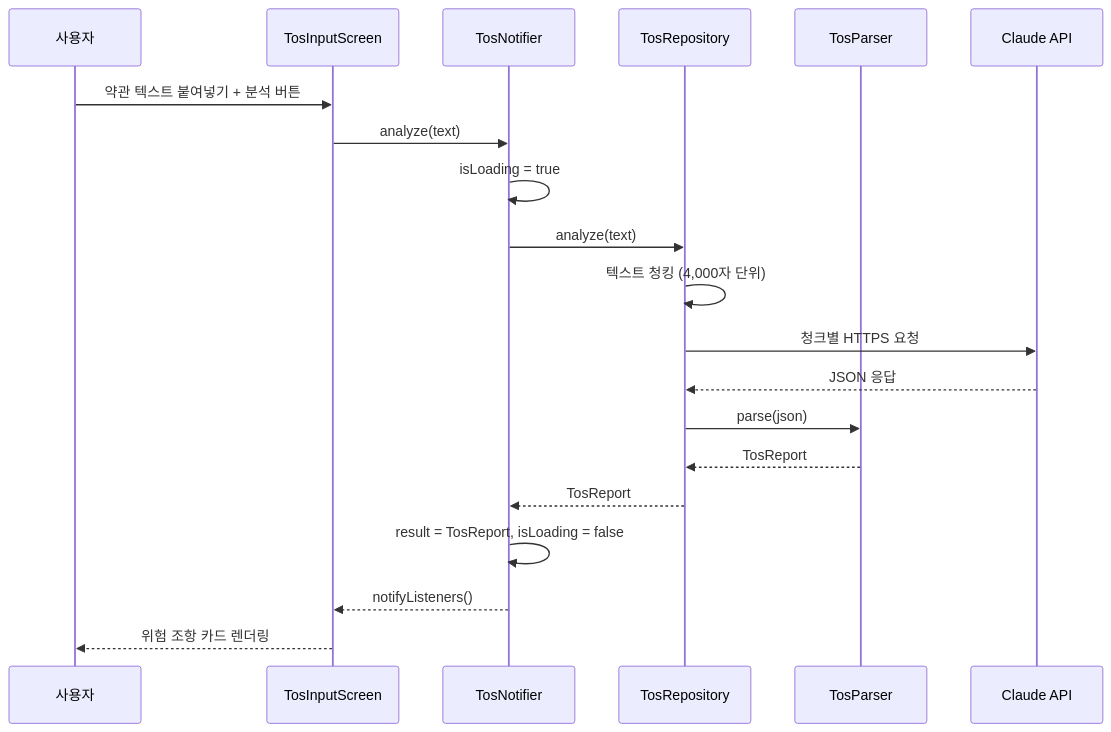
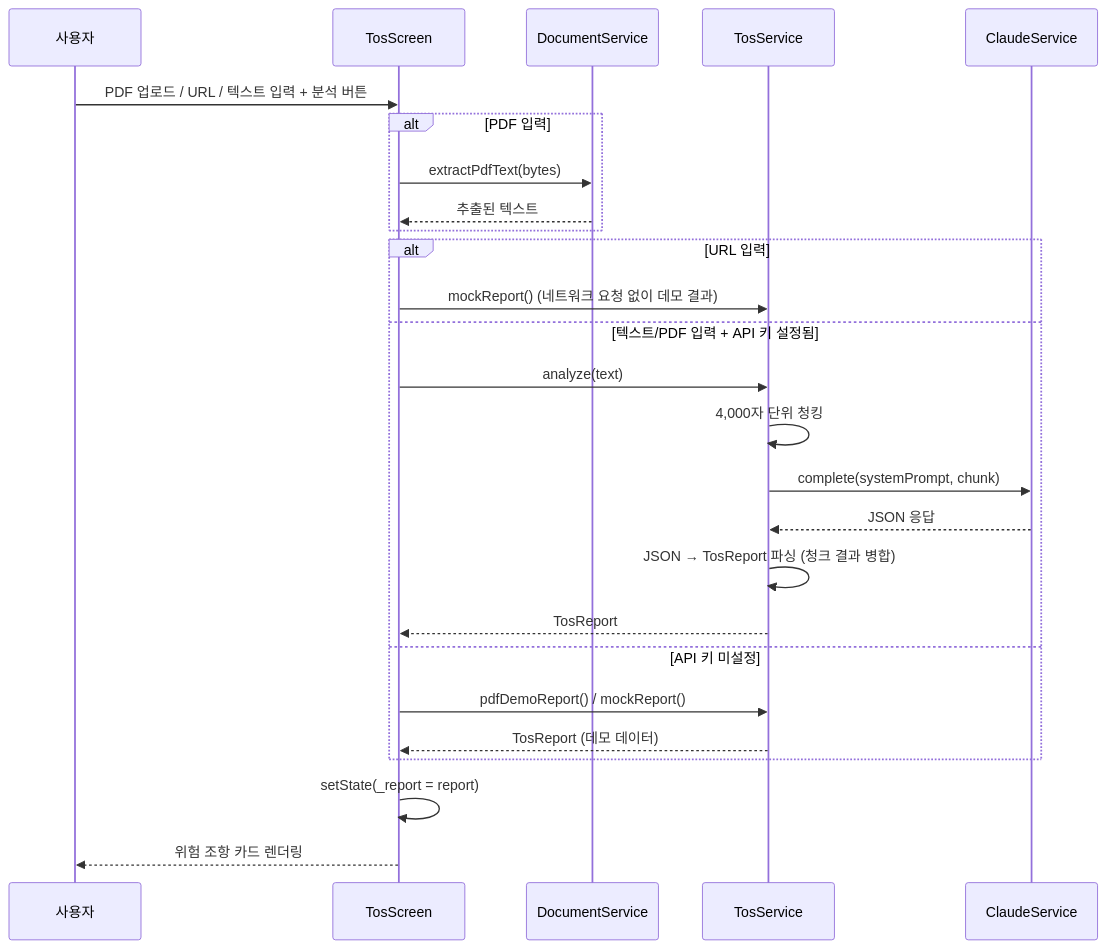
The second of 2 diagrams in docs/architecture.md (kimhyeri-hub/bank_project), drawn with Mermaid before and after one commit. The commit also changed other lines of this file and 5 other files, not shown here.

First line of the commit message:
문서를 실제 구현 구조에 맞게 갱신 (architecture/setup/testing/security)

````diff
--- a/docs/architecture.md
+++ b/docs/architecture.md
@@ -96,23 +84,29 @@
 ```mermaid
 sequenceDiagram
     participant U as 사용자
-    participant P as TosInputScreen
-    participant A as TosNotifier
-    participant DA as TosRepository
-    participant D as TosParser
-    participant API as Claude API
+    participant T as TosScreen
+    participant DOC as DocumentService
+    participant TOS as TosService
+    participant API as ClaudeService
 
-    U->>P: 약관 텍스트 붙여넣기 + 분석 버튼
-    P->>A: analyze(text)
-    A->>A: isLoading = true
-    A->>DA: analyze(text)
-    DA->>DA: 텍스트 청킹 (4,000자 단위)
-    DA->>API: 청크별 HTTPS 요청
-    API-->>DA: JSON 응답
-    DA->>D: parse(json)
-    D-->>DA: TosReport
-    DA-->>A: TosReport
-    A->>A: result = TosReport, isLoading = false
-    A-->>P: notifyListeners()
-    P-->>U: 위험 조항 카드 렌더링
+    U->>T: PDF 업로드 / URL / 텍스트 입력 + 분석 버튼
+    alt PDF 입력
+        T->>DOC: extractPdfText(bytes)
+        DOC-->>T: 추출된 텍스트
+    end
+    alt URL 입력
+        T->>TOS: mockReport() (네트워크 요청 없이 데모 결과)
+    else 텍스트/PDF 입력 + API 키 설정됨
+        T->>TOS: analyze(text)
+        TOS->>TOS: 4,000자 단위 청킹
+        TOS->>API: complete(systemPrompt, chunk)
+        API-->>TOS: JSON 응답
+        TOS->>TOS: JSON → TosReport 파싱 (청크 결과 병합)
+        TOS-->>T: TosReport
+    else API 키 미설정
+        T->>TOS: pdfDemoReport() / mockReport()
+        TOS-->>T: TosReport (데모 데이터)
+    end
+    T->>T: setState(_report = report)
+    T-->>U: 위험 조항 카드 렌더링
 ```
````
